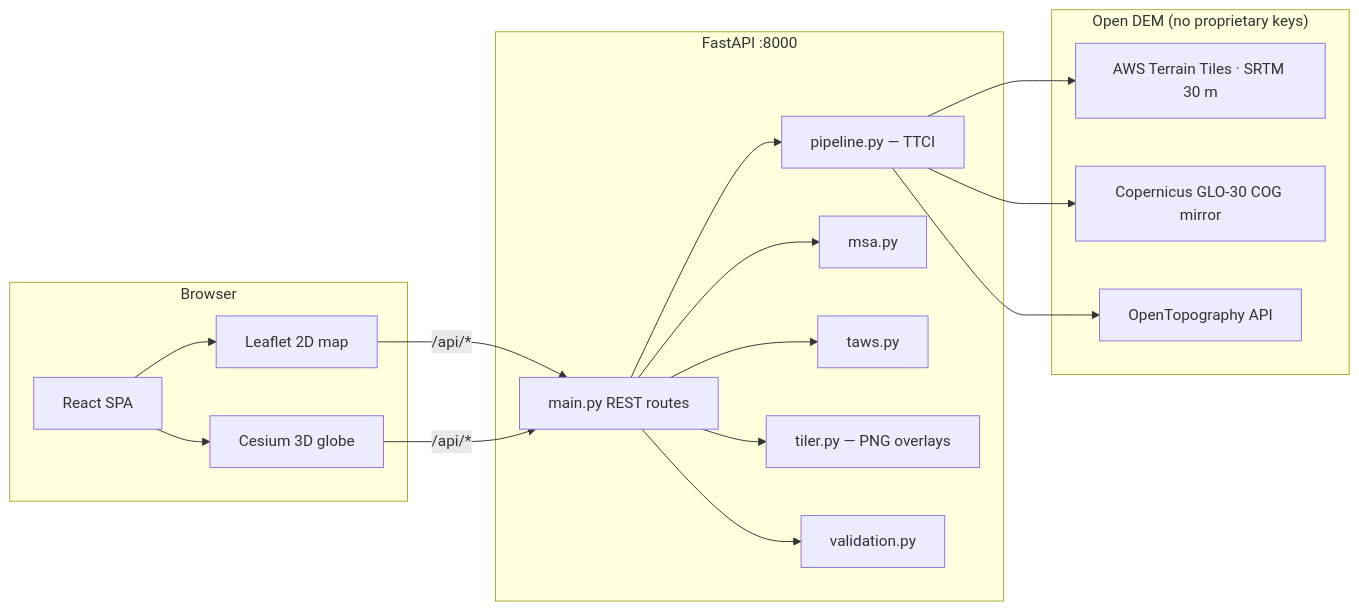
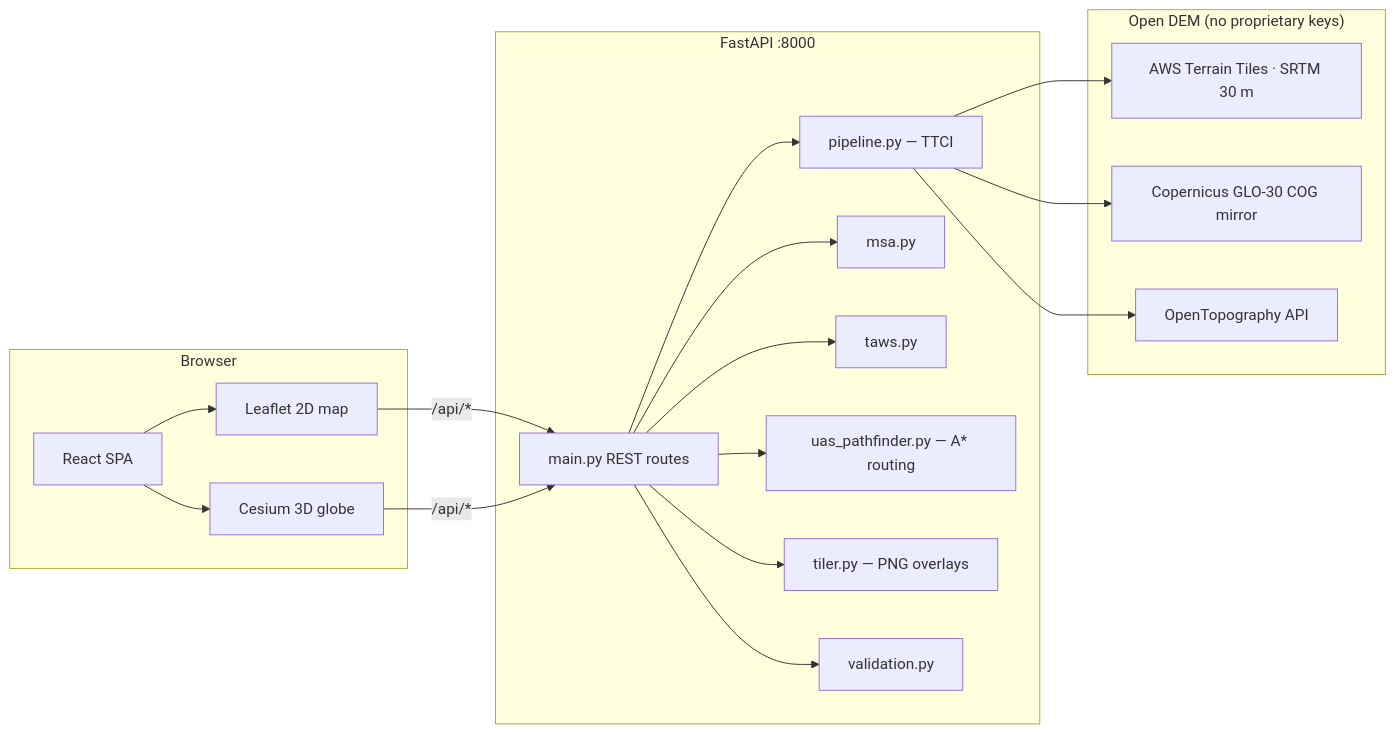
One commit to chxmq/terrainguard changed the first of 2 diagrams in README.md. Above: the diagram before and after it, drawn with Mermaid. The commit also changed other lines of this file and 10 other files, not shown here.

````diff
--- a/README.md
+++ b/README.md
@@ -114,36 +116,38 @@
 ```mermaid
 flowchart LR
   subgraph Browser["Browser"]
     UI["React SPA"]
     Leaflet["Leaflet 2D map"]
     Cesium["Cesium 3D globe"]
     UI --> Leaflet
     UI --> Cesium
   end
 
   subgraph Server["FastAPI :8000"]
     Routes["main.py REST routes"]
     Pipe["pipeline.py — TTCI"]
     MSA["msa.py"]
     TAWS["taws.py"]
+    UAS["uas_pathfinder.py — A* routing"]
     Tiler["tiler.py — PNG overlays"]
     Val["validation.py"]
     Routes --> Pipe
     Routes --> MSA
     Routes --> TAWS
+    Routes --> UAS
     Routes --> Tiler
     Routes --> Val
   end
 
   subgraph DEM["Open DEM (no proprietary keys)"]
     Tiles["AWS Terrain Tiles · SRTM 30 m"]
     Cop["Copernicus GLO-30 COG mirror"]
     OT["OpenTopography API"]
   end
 
   Leaflet -->|"/api/*"| Routes
   Cesium -->|"/api/*"| Routes
   Pipe --> Tiles
   Pipe --> Cop
   Pipe --> OT
 ```
````
